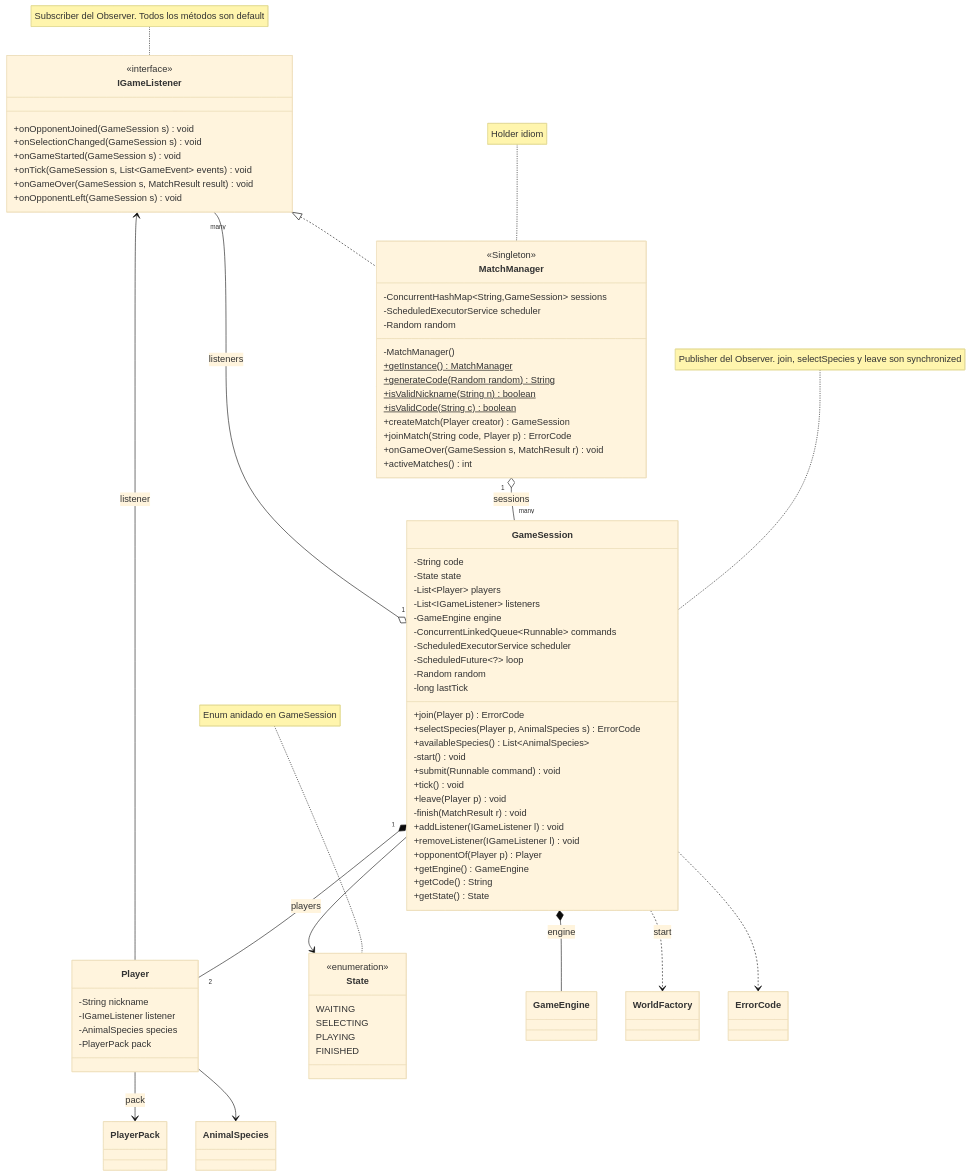
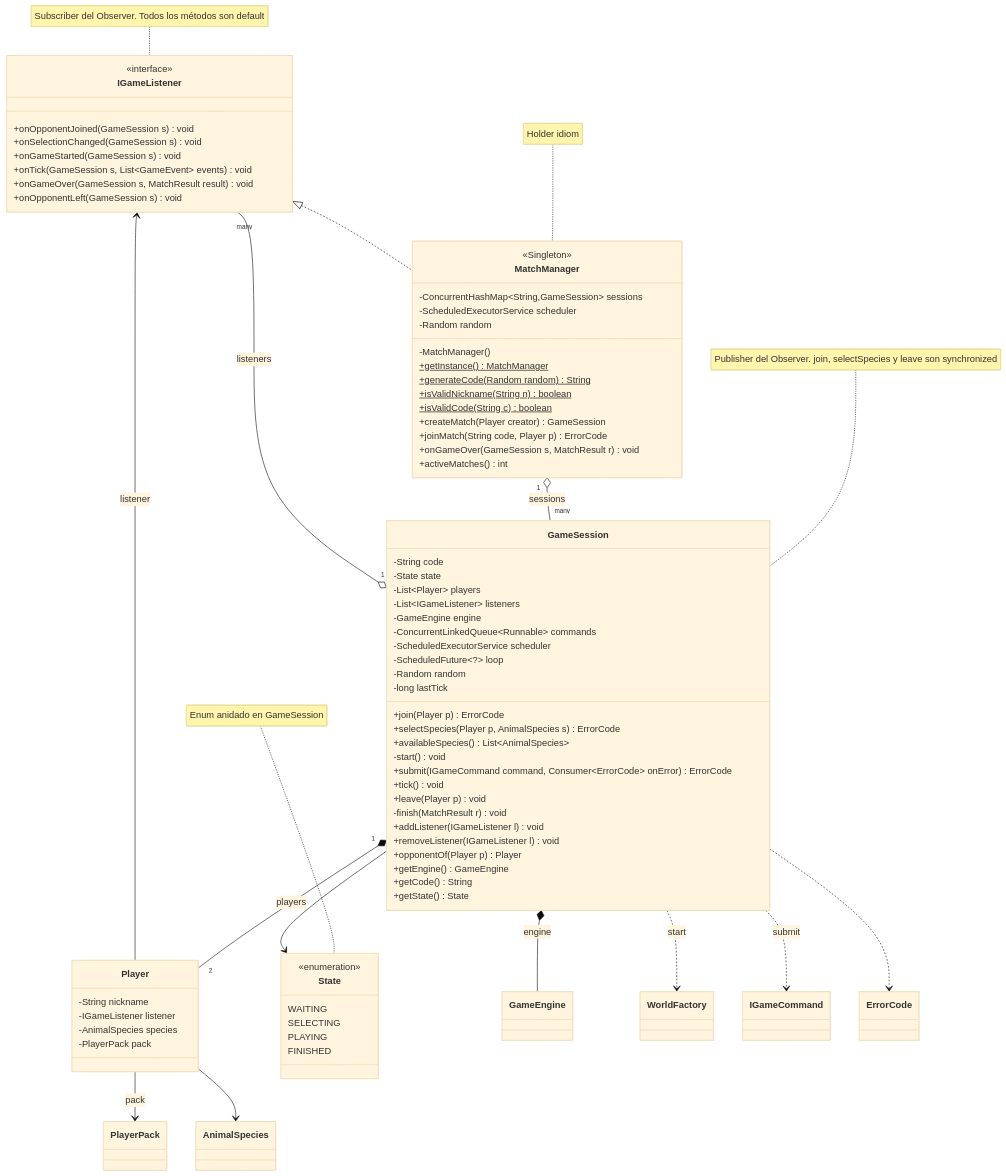
One commit to jordanseas/Jungle-Attack changed the fifth of 8 diagrams in README.md. Above: the diagram before and after it, drawn with Mermaid (base theme). The commit also changed other lines of this file, not shown here.

Commit message:
solucion a la distrubucion de el gameEngine

```diff
--- a/README.md
+++ b/README.md
@@ -528,7 +661,7 @@
         +selectSpecies(Player p, AnimalSpecies s) ErrorCode
         +availableSpecies() List~AnimalSpecies~
         -start() void
-        +submit(Runnable command) void
+        +submit(IGameCommand command, Consumer~ErrorCode~ onError) ErrorCode
         +tick() void
         +leave(Player p) void
         -finish(MatchResult r) void
@@ -563,6 +696,7 @@
     GameSession "1" o-- "many" IGameListener : listeners
     GameSession *-- GameEngine : engine
     GameSession ..> WorldFactory : start
+    GameSession ..> IGameCommand : submit
     GameSession ..> ErrorCode
     Player --> IGameListener : listener
     Player --> PlayerPack : pack
```
